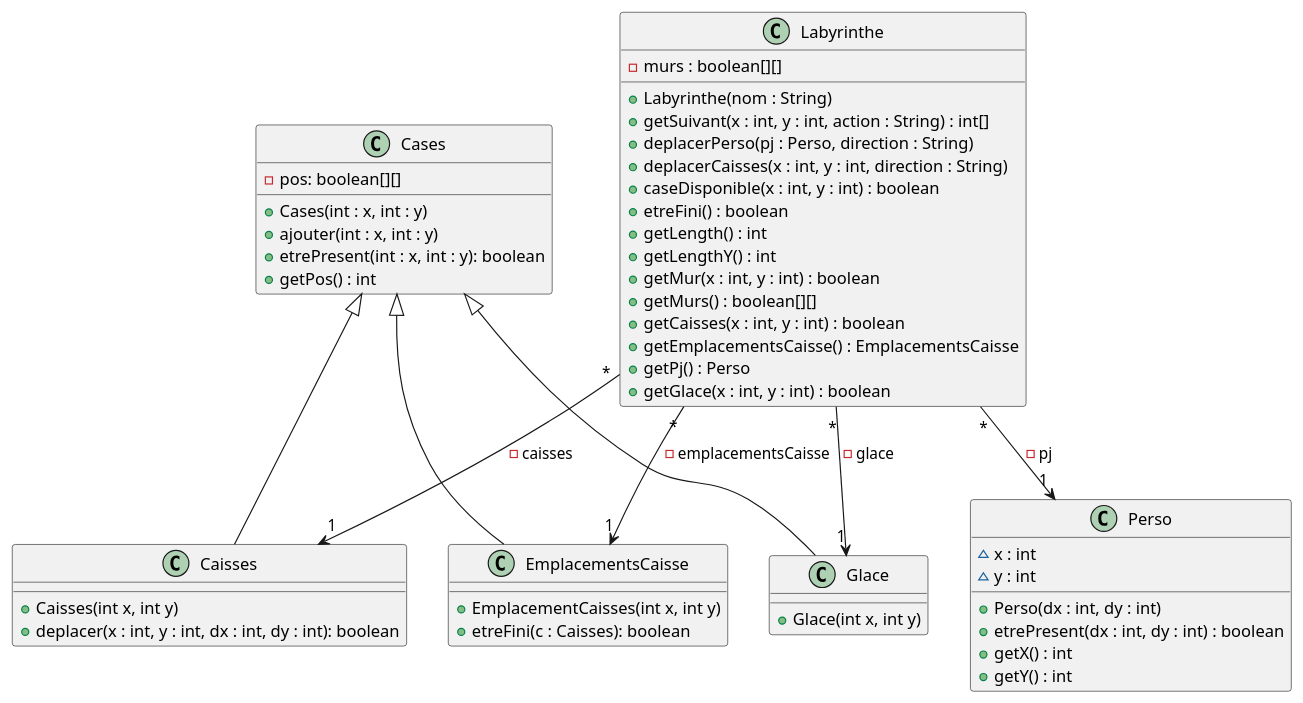
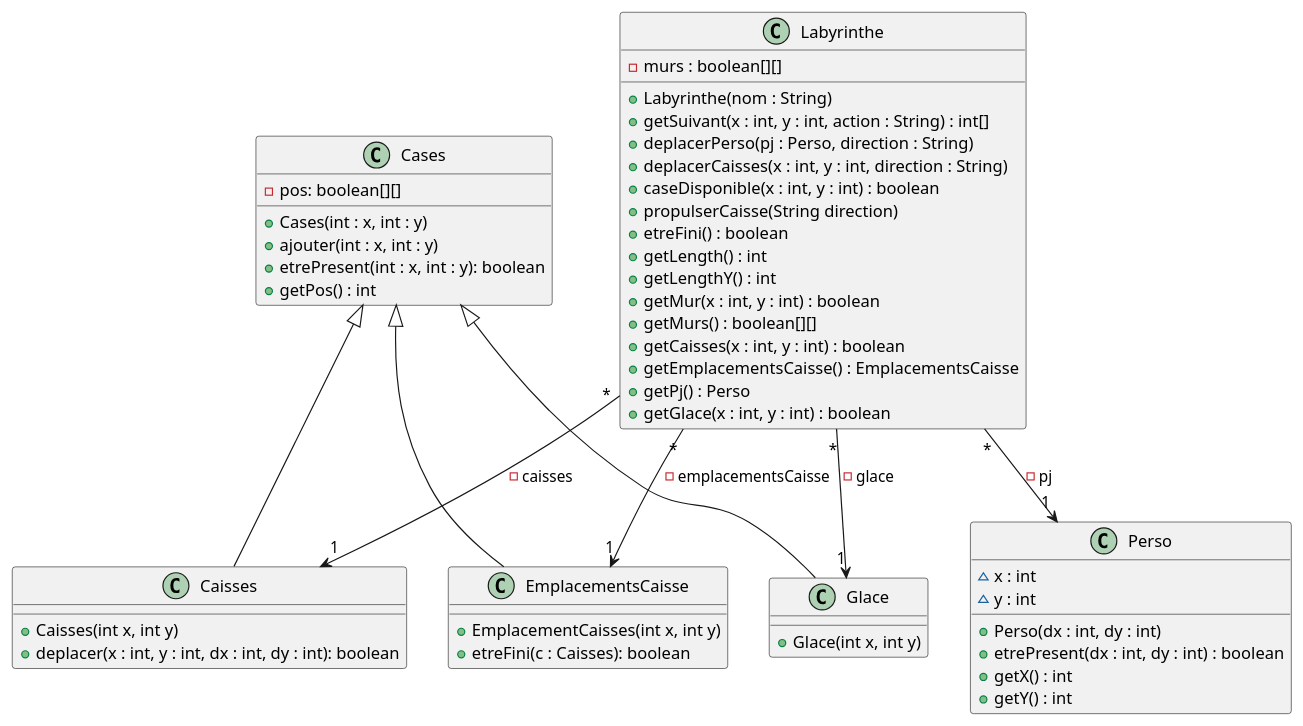
Before and after one commit to Flotss/Zeldiablo: the diagram in documents/version_4/Modification du diagramme de classe de Labyrinthe.puml, drawn with PlantUML. The commit also changed 2 other files, not shown here.

Commit message:
ajout diagramme v4

```diff
--- a/documents/version_4/Modification du diagramme de classe de Labyrinthe.puml
+++ b/documents/version_4/Modification du diagramme de classe de Labyrinthe.puml
@@ -1,62 +1,63 @@
 @startuml
 
 class Labyrinthe{
     - murs : boolean[][]
     + Labyrinthe(nom : String)
     + getSuivant(x : int, y : int, action : String) : int[]
     + deplacerPerso(pj : Perso, direction : String)
     + deplacerCaisses(x : int, y : int, direction : String)
     + caseDisponible(x : int, y : int) : boolean
+    + propulserCaisse(String direction)
     + etreFini() : boolean
     + getLength() : int
     + getLengthY() : int
     + getMur(x : int, y : int) : boolean
     + getMurs() : boolean[][]
     + getCaisses(x : int, y : int) : boolean
     + getEmplacementsCaisse() : EmplacementsCaisse
     + getPj() : Perso
     + getGlace(x : int, y : int) : boolean
 }
 
 class Cases{
     - pos: boolean[][]
     + Cases(int : x, int : y)
     + ajouter(int : x, int : y)
     + etrePresent(int : x, int : y): boolean
     + getPos() : int
 }
 
 class Caisses {
     + Caisses(int x, int y)
     + deplacer(x : int, y : int, dx : int, dy : int): boolean
 }
 
 class EmplacementsCaisse {
     + EmplacementCaisses(int x, int y)
     + etreFini(c : Caisses): boolean
 }
 
 class Glace {
     + Glace(int x, int y)
 }
 
 class Perso {
     ~ x : int
     ~ y : int
     + Perso(dx : int, dy : int)
     + etrePresent(dx : int, dy : int) : boolean
     + getX() : int
     + getY() : int
 }
 Labyrinthe "*" --> "1" Perso : - pj
 
 Labyrinthe "*" --> "1" Caisses : - caisses
 
 Labyrinthe "*" --> "1" Glace : - glace
 
 Labyrinthe "*" --> "1" EmplacementsCaisse : - emplacementsCaisse
 
 Cases <|-- Caisses
 Cases <|-- EmplacementsCaisse
 Cases <|-- Glace
 @enduml
```
